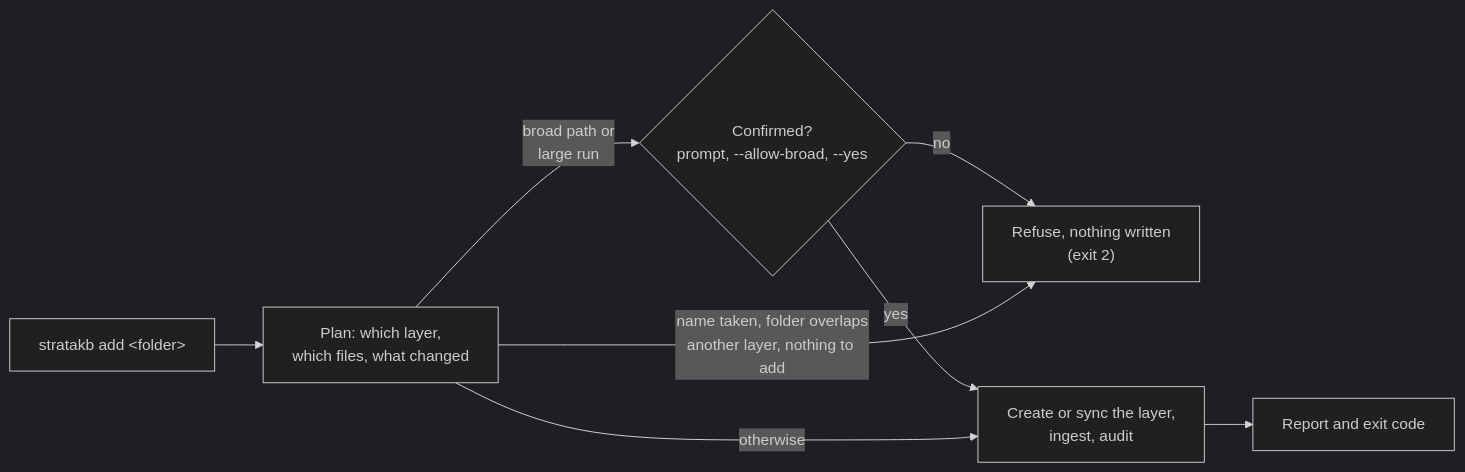
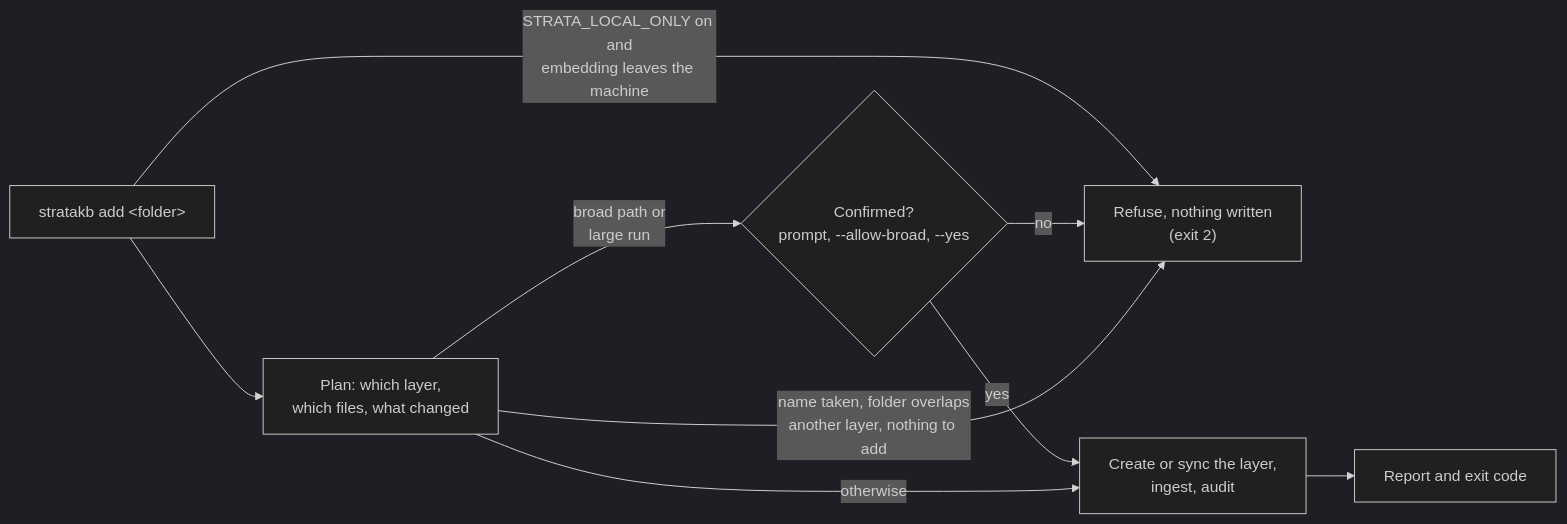
The seventh of 12 diagrams in README.md (boudou/StrataKB), drawn with Mermaid (dark theme) before and after one commit. The commit also changed other lines of this file and 74 other files, not shown here.

````diff
--- a/README.md
+++ b/README.md
@@ -165,10 +183,11 @@
 ```mermaid
 flowchart LR
     cmd["stratakb add &lt;folder&gt;"] --> plan["Plan: which layer,<br/>which files, what changed"]
+    cmd -->|"STRATA_LOCAL_ONLY on and<br/>embedding leaves the machine"| stop
     plan -->|"broad path or<br/>large run"| ask{"Confirmed?<br/>prompt, --allow-broad, --yes"}
     ask -->|"no"| stop["Refuse, nothing written<br/>(exit 2)"]
     ask -->|"yes"| apply
     plan -->|"name taken, folder overlaps<br/>another layer, nothing to add"| stop
     plan -->|"otherwise"| apply["Create or sync the layer,<br/>ingest, audit"]
     apply --> report["Report and exit code"]
 ```
````
